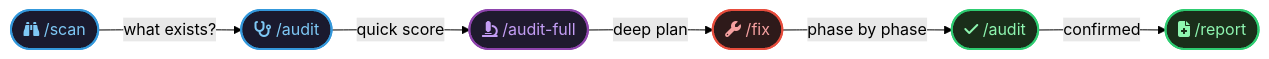
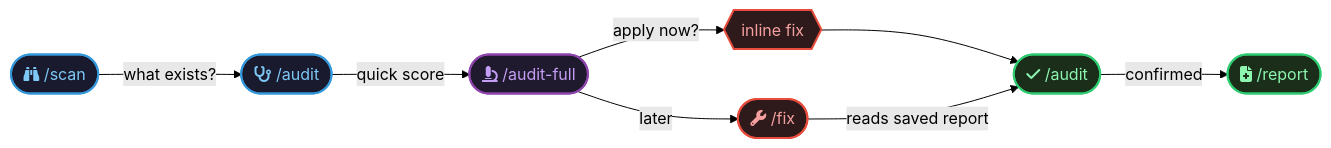
Before and after one commit to damianwajser/claude-doctor: the second of 3 diagrams in README.md, drawn with Mermaid (forest theme). The commit also changed other lines of this file and 4 other files, not shown here.

````diff
--- a/README.md
+++ b/README.md
@@ -117,20 +120,22 @@
 ```mermaid
 flowchart LR
     SCAN(["fa:fa-binoculars /scan"]):::blue
     AUDIT(["fa:fa-stethoscope /audit"]):::blue
     FULL(["fa:fa-microscope /audit-full"]):::purple
     FIX(["fa:fa-wrench /fix"]):::red
     VERIFY(["fa:fa-check /audit"]):::green
     REPORT(["fa:fa-file-medical /report"]):::green
 
     SCAN -- "what exists?" --> AUDIT
     AUDIT -- "quick score" --> FULL
-    FULL -- "deep plan" --> FIX
-    FIX -- "phase by phase" --> VERIFY
+    FULL -- "apply now?" --> APPLY_NOW{{"inline fix"}}:::red
+    FULL -- "later" --> FIX
+    APPLY_NOW --> VERIFY
+    FIX -- "reads saved report" --> VERIFY
     VERIFY -- "confirmed" --> REPORT
 
     classDef blue fill:#1a1a2e,stroke:#3498DB,stroke-width:2px,color:#7ec8f5
     classDef purple fill:#1f1a2e,stroke:#8E44AD,stroke-width:2px,color:#c49ef5
     classDef red fill:#2e1a1a,stroke:#E74C3C,stroke-width:2px,color:#f5a0a0
     classDef green fill:#1a2e1a,stroke:#2ECC71,stroke-width:2px,color:#8ef5b0
 ```
````
